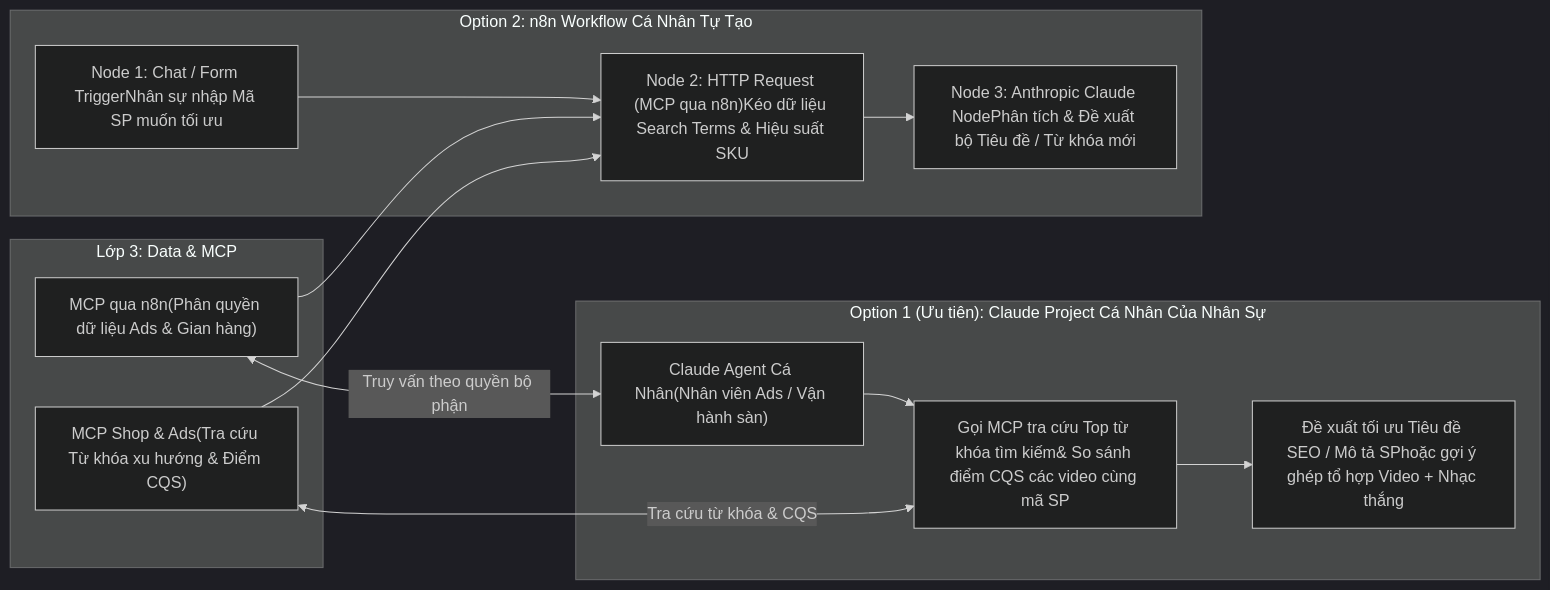
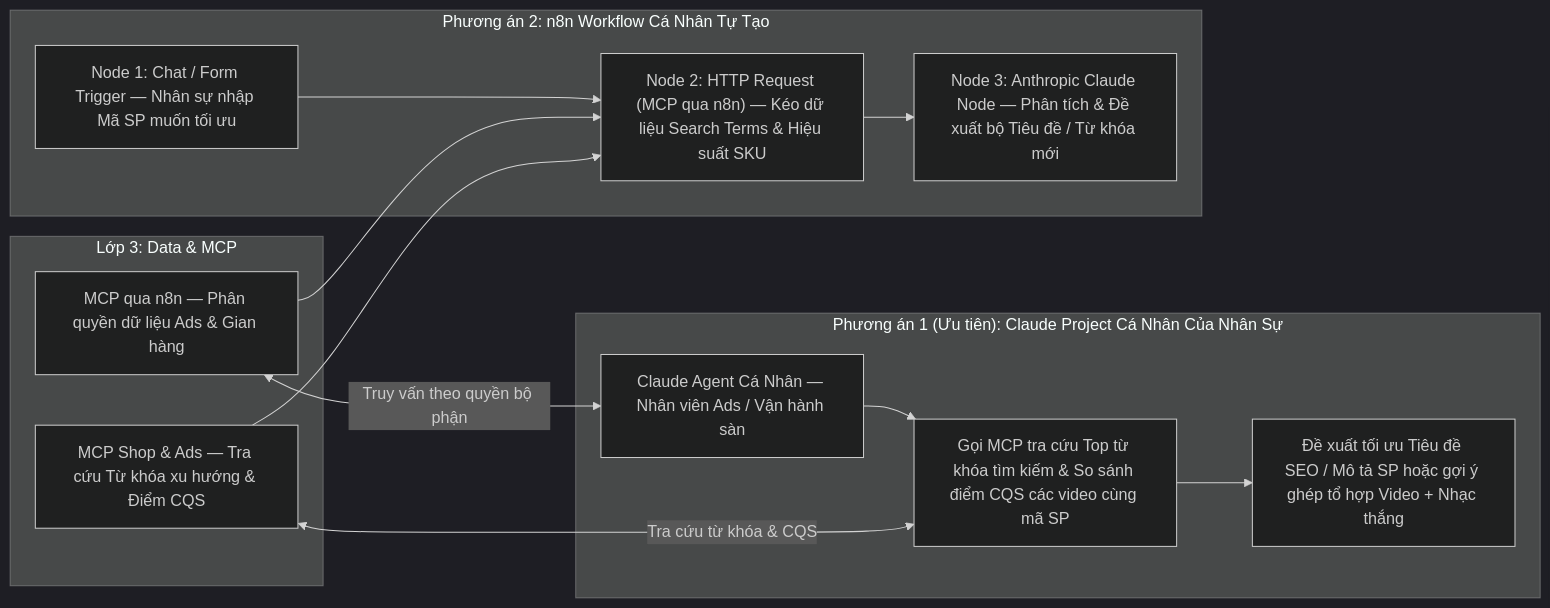
One commit to hattorimkk/api-docs changed diagram 17 of 17 in SYSTEM_ARCHITECTURE.md. Above: the diagram before and after it, drawn with Mermaid (dark theme). The commit also changed other lines of this file, not shown here.

````diff
--- a/SYSTEM_ARCHITECTURE.md
+++ b/SYSTEM_ARCHITECTURE.md
@@ -1026,27 +1280,27 @@
 ```mermaid
 flowchart LR
-    subgraph L3_OPS["Lớp 3: Data & MCP"]
-        O_DATA["MCP qua n8n(Phân quyền dữ liệu Ads & Gian hàng)"]
-        O_MCP["MCP Shop & Ads(Tra cứu Từ khóa xu hướng & Điểm CQS)"]
+    subgraph L3_4C["Lớp 3: Data & MCP"]
+        O_DATA["MCP qua n8n — Phân quyền dữ liệu Ads & Gian hàng"]
+        O_MCP["MCP Shop & Ads — Tra cứu Từ khóa xu hướng & Điểm CQS"]
     end
 
-    subgraph OPT1_OPS["Option 1 (Ưu tiên): Claude Project Cá Nhân Của Nhân Sự"]
-        CLAUDE_O["Claude Agent Cá Nhân(Nhân viên Ads / Vận hành sàn)"]
-        QUERY_O["Gọi MCP tra cứu Top từ khóa tìm kiếm& So sánh điểm CQS các video cùng mã SP"]
-        OPT_O["Đề xuất tối ưu Tiêu đề SEO / Mô tả SPhoặc gợi ý ghép tổ hợp Video + Nhạc thắng"]
-        CLAUDE_O --> QUERY_O --> OPT_O
+    subgraph OPT1_4C["Phương án 1 (Ưu tiên): Claude Project Cá Nhân Của Nhân Sự"]
+        CLAUDE_4C["Claude Agent Cá Nhân — Nhân viên Ads / Vận hành sàn"]
+        QUERY_4C["Gọi MCP tra cứu Top từ khóa tìm kiếm & So sánh điểm CQS các video cùng mã SP"]
+        OPT_4C["Đề xuất tối ưu Tiêu đề SEO / Mô tả SP hoặc gợi ý ghép tổ hợp Video + Nhạc thắng"]
+        CLAUDE_4C --> QUERY_4C --> OPT_4C
     end
 
-    subgraph OPT2_OPS["Option 2: n8n Workflow Cá Nhân Tự Tạo"]
-        NO1["Node 1: Chat / Form TriggerNhân sự nhập Mã SP muốn tối ưu"]
-        NO2["Node 2: HTTP Request (MCP qua n8n)Kéo dữ liệu Search Terms & Hiệu suất SKU"]
-        NO3["Node 3: Anthropic Claude NodePhân tích & Đề xuất bộ Tiêu đề / Từ khóa mới"]
-        NO1 --> NO2 --> NO3
+    subgraph OPT2_4C["Phương án 2: n8n Workflow Cá Nhân Tự Tạo"]
+        NO_1["Node 1: Chat / Form Trigger — Nhân sự nhập Mã SP muốn tối ưu"]
+        NO_2["Node 2: HTTP Request (MCP qua n8n) — Kéo dữ liệu Search Terms & Hiệu suất SKU"]
+        NO_3["Node 3: Anthropic Claude Node — Phân tích & Đề xuất bộ Tiêu đề / Từ khóa mới"]
+        NO_1 --> NO_2 --> NO_3
     end
 
-    O_DATA <-->|"Truy vấn theo quyền bộ phận"| CLAUDE_O
-    O_MCP <-->|"Tra cứu từ khóa & CQS"| QUERY_O
+    O_DATA <-->|"Truy vấn theo quyền bộ phận"| CLAUDE_4C
+    O_MCP <-->|"Tra cứu từ khóa & CQS"| QUERY_4C
 
-    O_DATA --> NO2
-    O_MCP --> NO2
+    O_DATA --> NO_2
+    O_MCP --> NO_2
 ```
````
